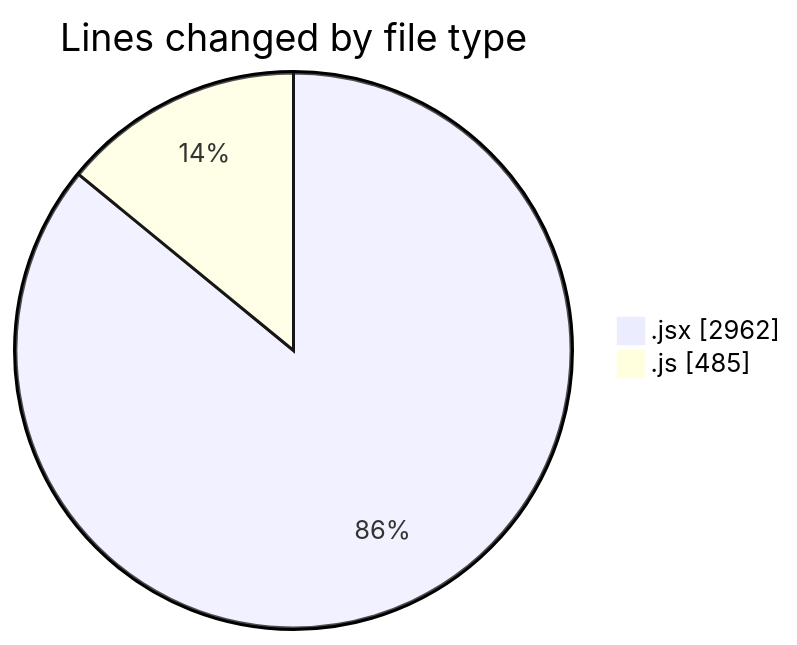
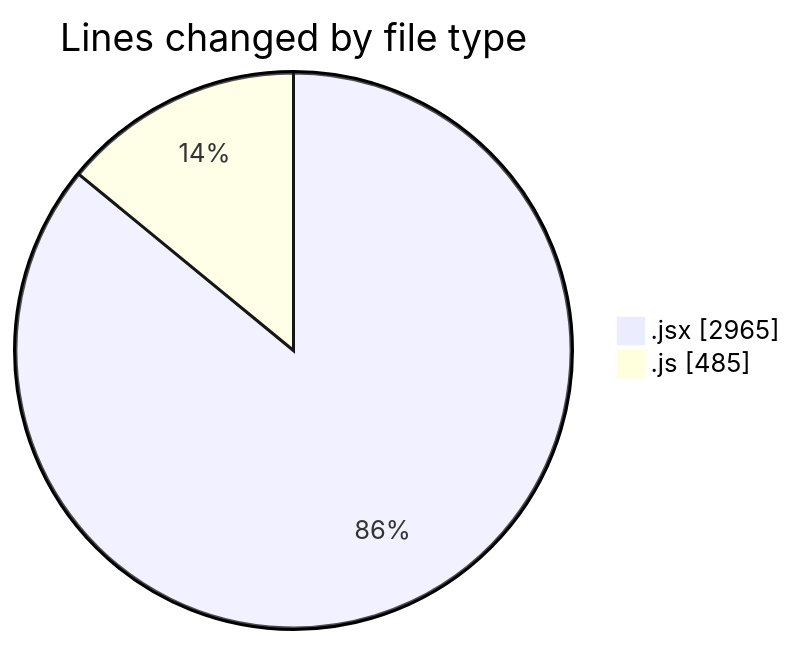
The first of 2 diagrams in 2025-05-22/nxtqube_webapp/README.md (nxtqubesakshisongat/code-tracking), drawn with Mermaid before and after one commit. The commit also changed other lines of this file and 1 other file, not shown here.

````diff
--- a/2025-05-22/nxtqube_webapp/README.md
+++ b/2025-05-22/nxtqube_webapp/README.md
@@ -23,6 +23,6 @@
 ```mermaid
 pie showData
 title Lines changed by file type
-".jsx" : 2962
+".jsx" : 2965
 ".js" : 485
 ```
````
